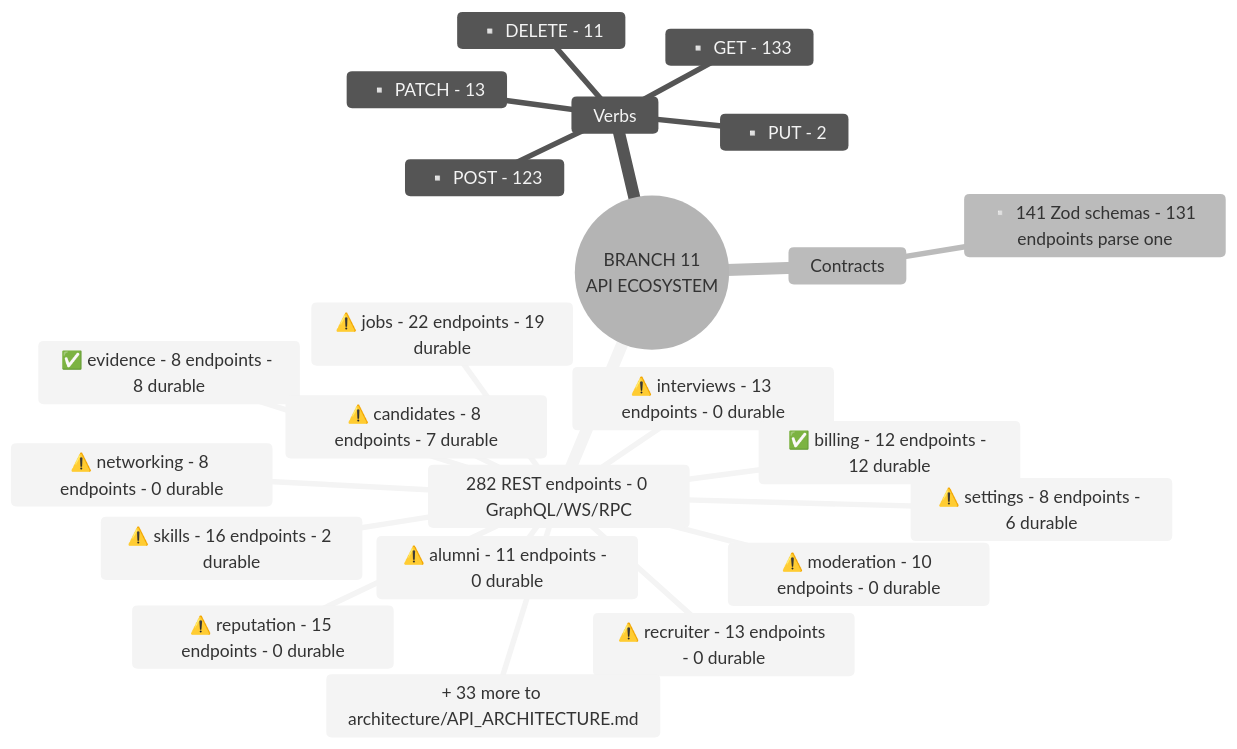
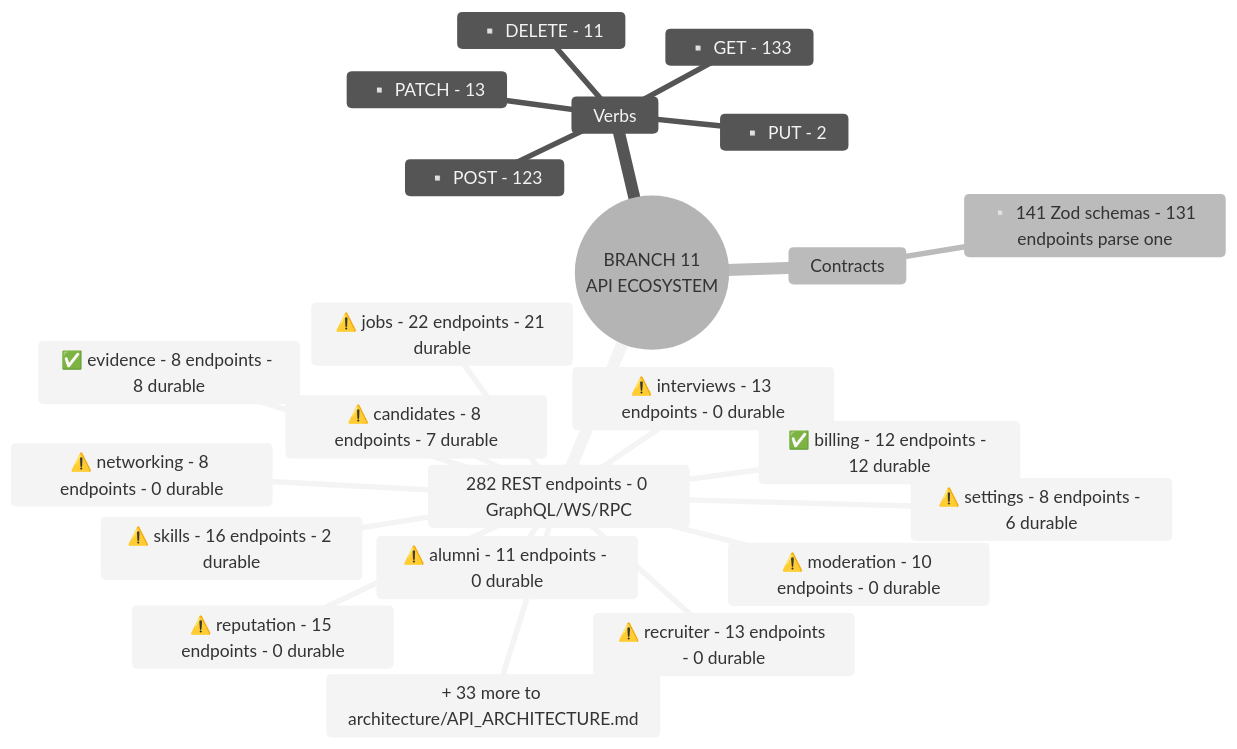
Before and after one commit to yhsomani/talentsphere-complete: diagram 13 of 22 in project-mindmap/master/MASTER_PROJECT_DIAGRAMS.md, drawn with Mermaid (neutral theme). The commit also changed other lines of this file and 171 other files, not shown here.

First line of the commit message:
docs(mindmap): feature catalog to nano level and graph views

````diff
--- a/project-mindmap/master/MASTER_PROJECT_DIAGRAMS.md
+++ b/project-mindmap/master/MASTER_PROJECT_DIAGRAMS.md
@@ -391,26 +391,26 @@
 ```mermaid
 mindmap
   root(("BRANCH 11<br/>API ECOSYSTEM"))
     282 REST endpoints - 0 GraphQL/WS/RPC
-      ⚠️ jobs - 22 endpoints - 19 durable
+      ⚠️ jobs - 22 endpoints - 21 durable
       ⚠️ skills - 16 endpoints - 2 durable
       ⚠️ reputation - 15 endpoints - 0 durable
       ⚠️ interviews - 13 endpoints - 0 durable
       ⚠️ recruiter - 13 endpoints - 0 durable
       ✅ billing - 12 endpoints - 12 durable
       ⚠️ alumni - 11 endpoints - 0 durable
       ⚠️ moderation - 10 endpoints - 0 durable
       ✅ evidence - 8 endpoints - 8 durable
       ⚠️ candidates - 8 endpoints - 7 durable
       ⚠️ networking - 8 endpoints - 0 durable
       ⚠️ settings - 8 endpoints - 6 durable
       + 33 more to architecture/API_ARCHITECTURE.md
     Verbs
       ▫️ GET - 133
       ▫️ POST - 123
       ▫️ PATCH - 13
       ▫️ DELETE - 11
       ▫️ PUT - 2
     Contracts
       ▫️ 141 Zod schemas - 131 endpoints parse one
 ```
````
